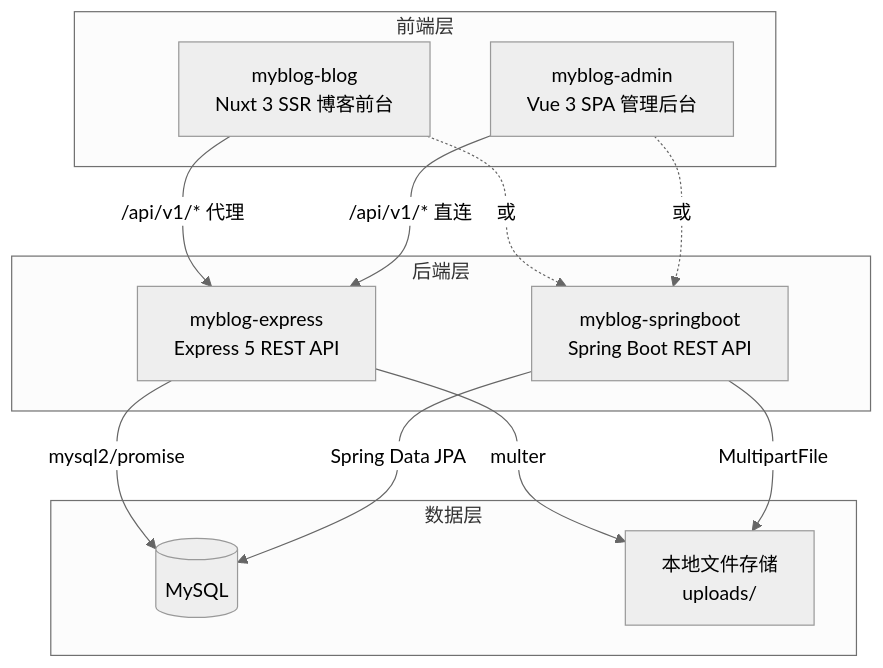
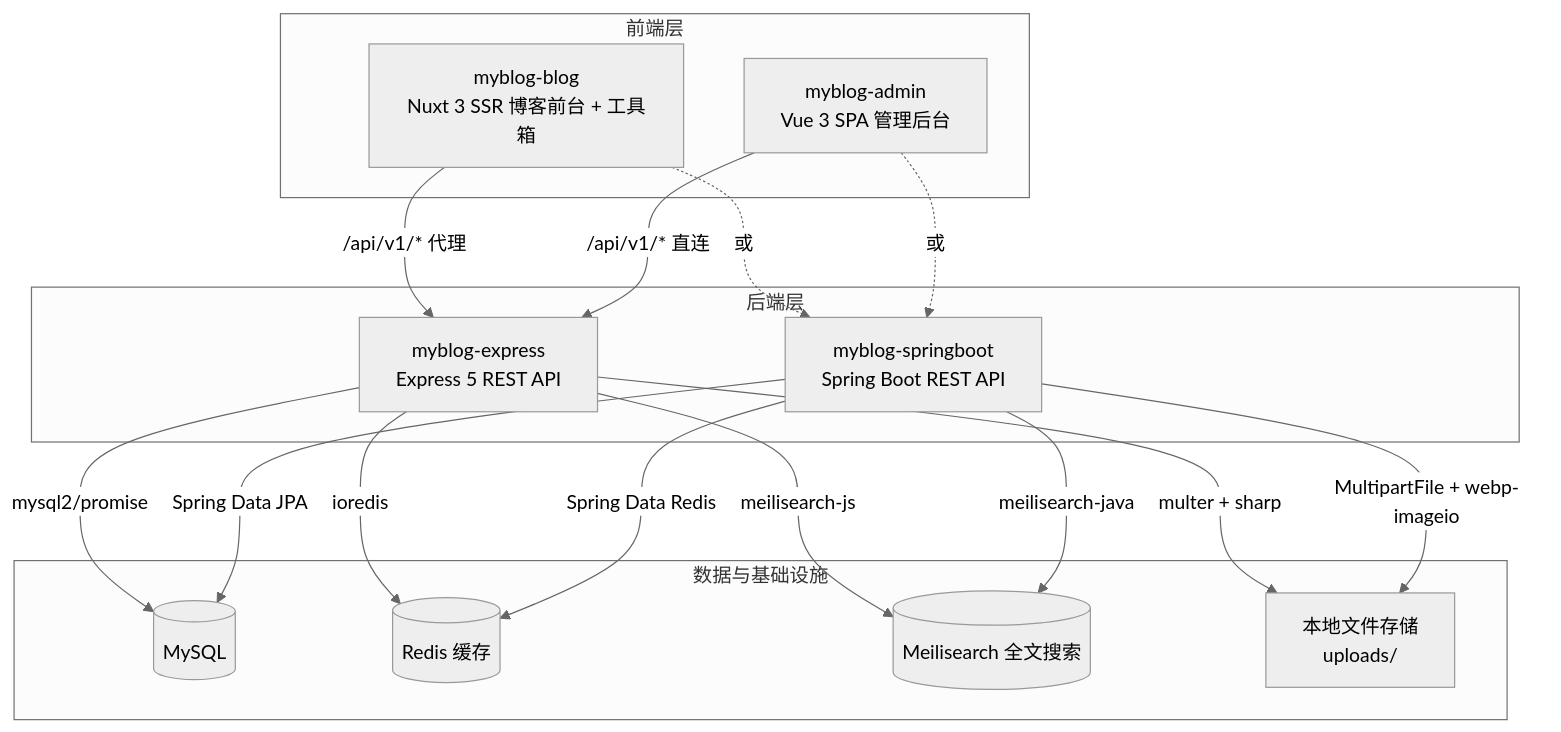
Before and after one commit to luoxiwhyye/MyBlog: the diagram in README.md, drawn with Mermaid (neutral theme). The commit also changed other lines of this file and 4 other files, not shown here.

````diff
--- a/README.md
+++ b/README.md
@@ -11,26 +11,32 @@
 ```mermaid
 graph TB
     subgraph 前端层
-        BLOG[myblog-blog<br/>Nuxt 3 SSR 博客前台]
+        BLOG[myblog-blog<br/>Nuxt 3 SSR 博客前台 + 工具箱]
         ADMIN[myblog-admin<br/>Vue 3 SPA 管理后台]
     end
 
     subgraph 后端层
         EXPRESS[myblog-express<br/>Express 5 REST API]
         SPRING[myblog-springboot<br/>Spring Boot REST API]
     end
 
-    subgraph 数据层
+    subgraph 数据与基础设施
         DB[(MySQL)]
-        UPLOADS[本地文件存储<br/>uploads/]
+        REDIS[(Redis 缓存)]
+        MEILI[(Meilisearch 全文搜索)]
+        FILES[本地文件存储<br/>uploads/]
     end
 
     BLOG -->|"/api/v1/*" 代理| EXPRESS
     BLOG -.->|"或"| SPRING
     ADMIN -->|"/api/v1/*" 直连| EXPRESS
     ADMIN -.->|"或"| SPRING
     EXPRESS -->|mysql2/promise| DB
     SPRING -->|Spring Data JPA| DB
-    EXPRESS -->|multer| UPLOADS
-    SPRING -->|MultipartFile| UPLOADS
+    EXPRESS -->|ioredis| REDIS
+    SPRING -->|Spring Data Redis| REDIS
+    EXPRESS -->|meilisearch-js| MEILI
+    SPRING -->|meilisearch-java| MEILI
+    EXPRESS -->|multer + sharp| FILES
+    SPRING -->|MultipartFile + webp-imageio| FILES
 ```
````
